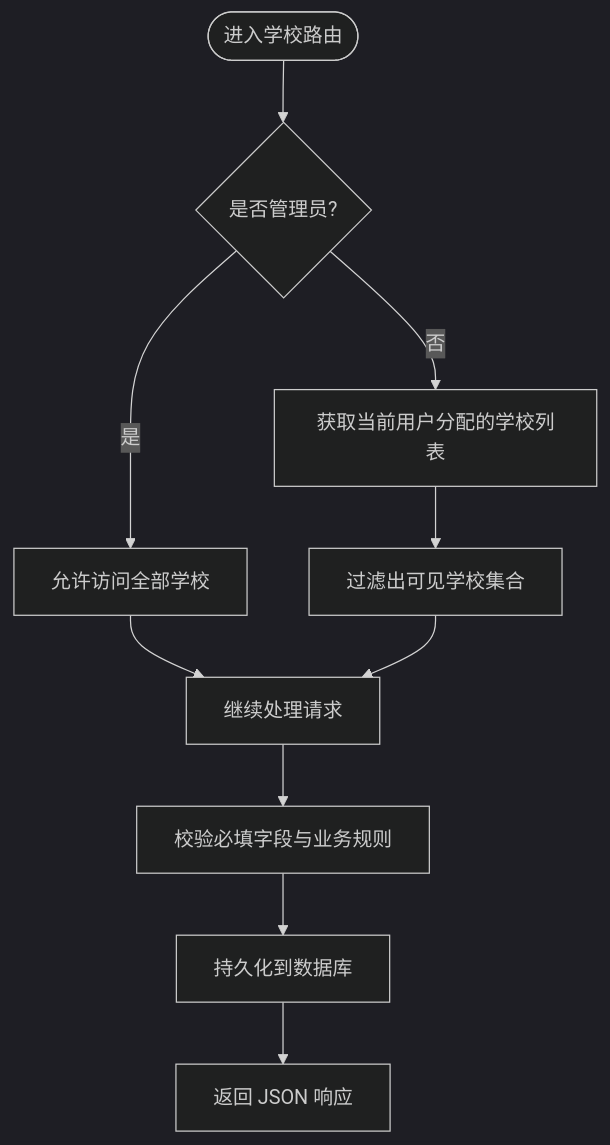
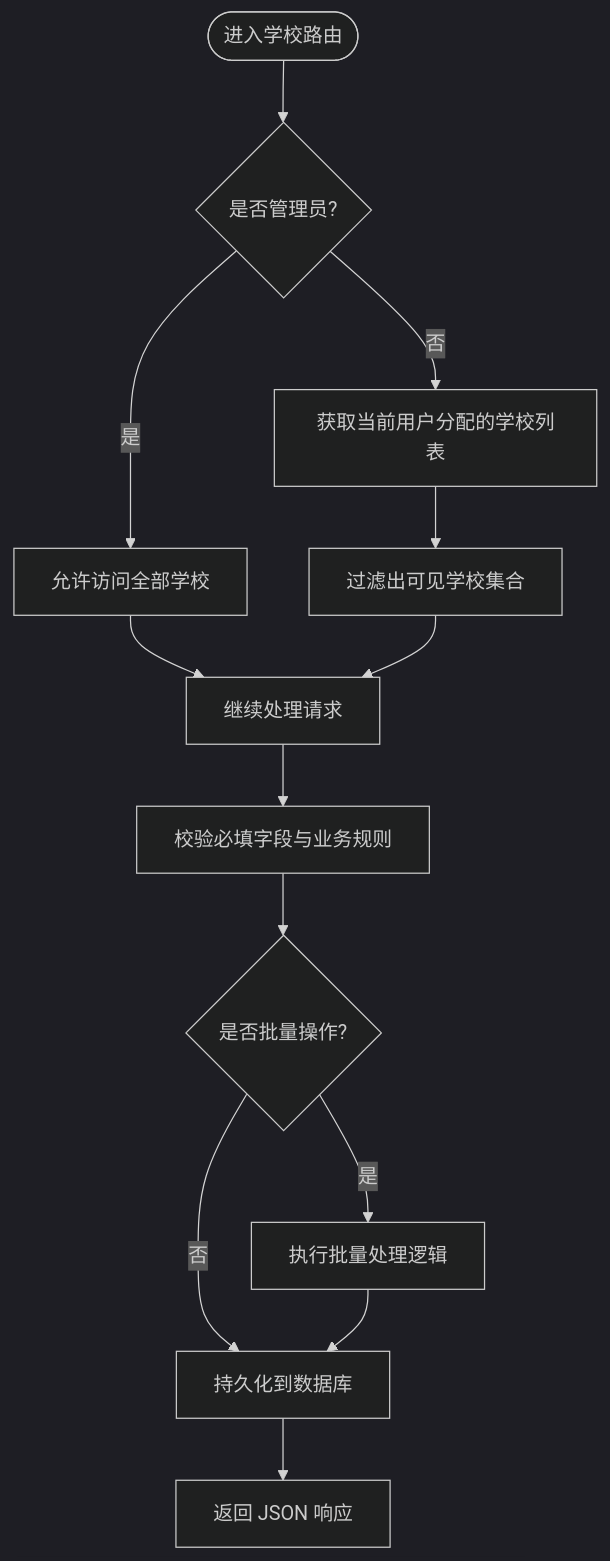
The fourth of 7 diagrams in .qoder/repowiki/zh/content/Web应用/路由系统/学校管理路由.md (oreovan567-pixel/middle-platform-data-collector), drawn with Mermaid (dark theme) before and after one commit. The commit also changed other lines of this file and 11 other files, not shown here.

````diff
--- a/.qoder/repowiki/zh/content/Web应用/路由系统/学校管理路由.md
+++ b/.qoder/repowiki/zh/content/Web应用/路由系统/学校管理路由.md
@@ -167,12 +195,15 @@
 ```mermaid
 flowchart TD
 Start(["进入学校路由"]) --> CheckAdmin{"是否管理员?"}
 CheckAdmin --> |是| AllowAll["允许访问全部学校"]
 CheckAdmin --> |否| GetUserSchools["获取当前用户分配的学校列表"]
 GetUserSchools --> FilterList["过滤出可见学校集合"]
 AllowAll --> NextStep["继续处理请求"]
 FilterList --> NextStep
 NextStep --> ValidateReq["校验必填字段与业务规则"]
-ValidateReq --> Persist["持久化到数据库"]
+ValidateReq --> BatchOp{"是否批量操作?"}
+BatchOp --> |是| BatchProcess["执行批量处理逻辑"]
+BatchOp --> |否| Persist["持久化到数据库"]
+BatchProcess --> Persist
 Persist --> Respond["返回 JSON 响应"]
 ```
````
